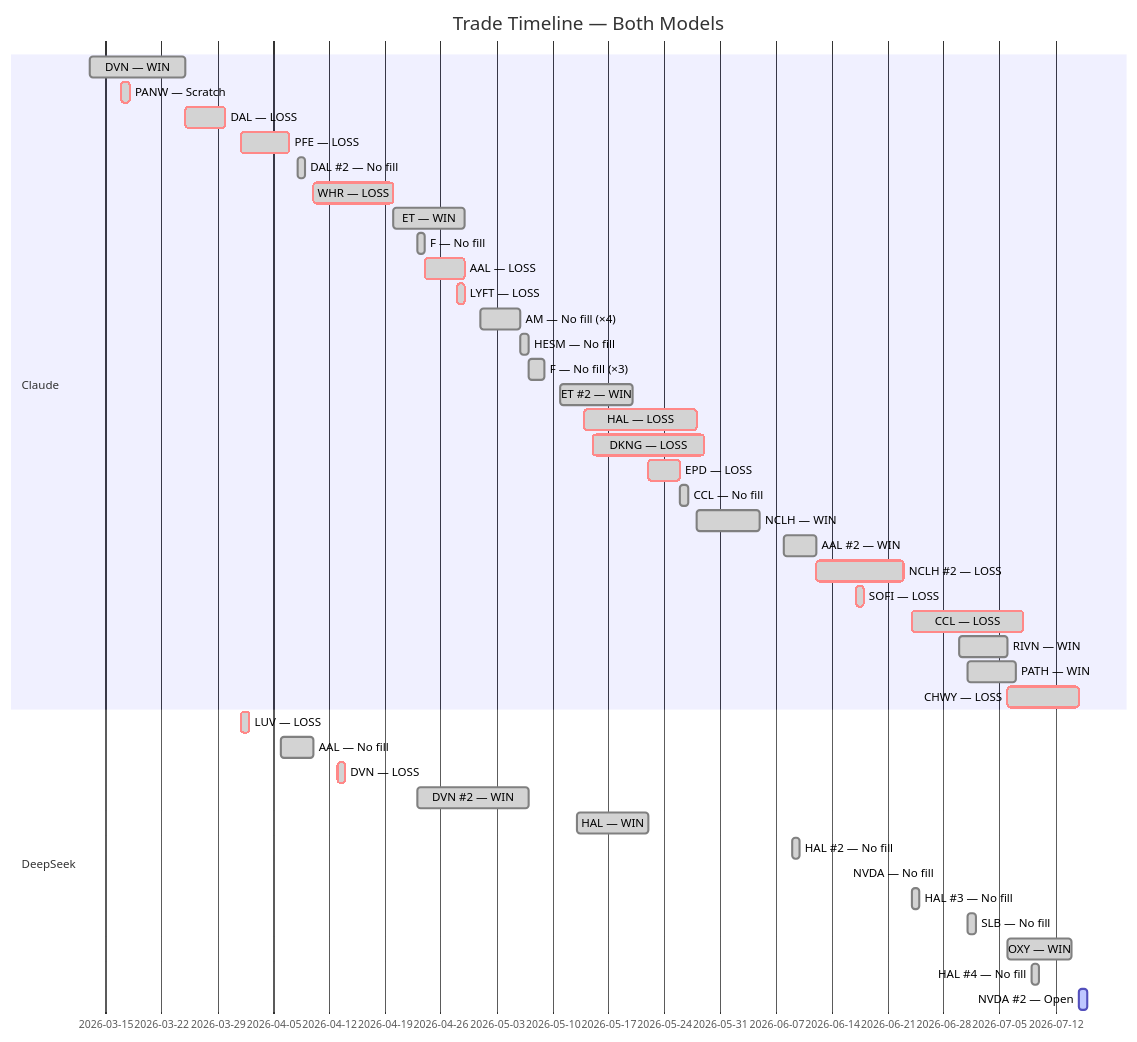
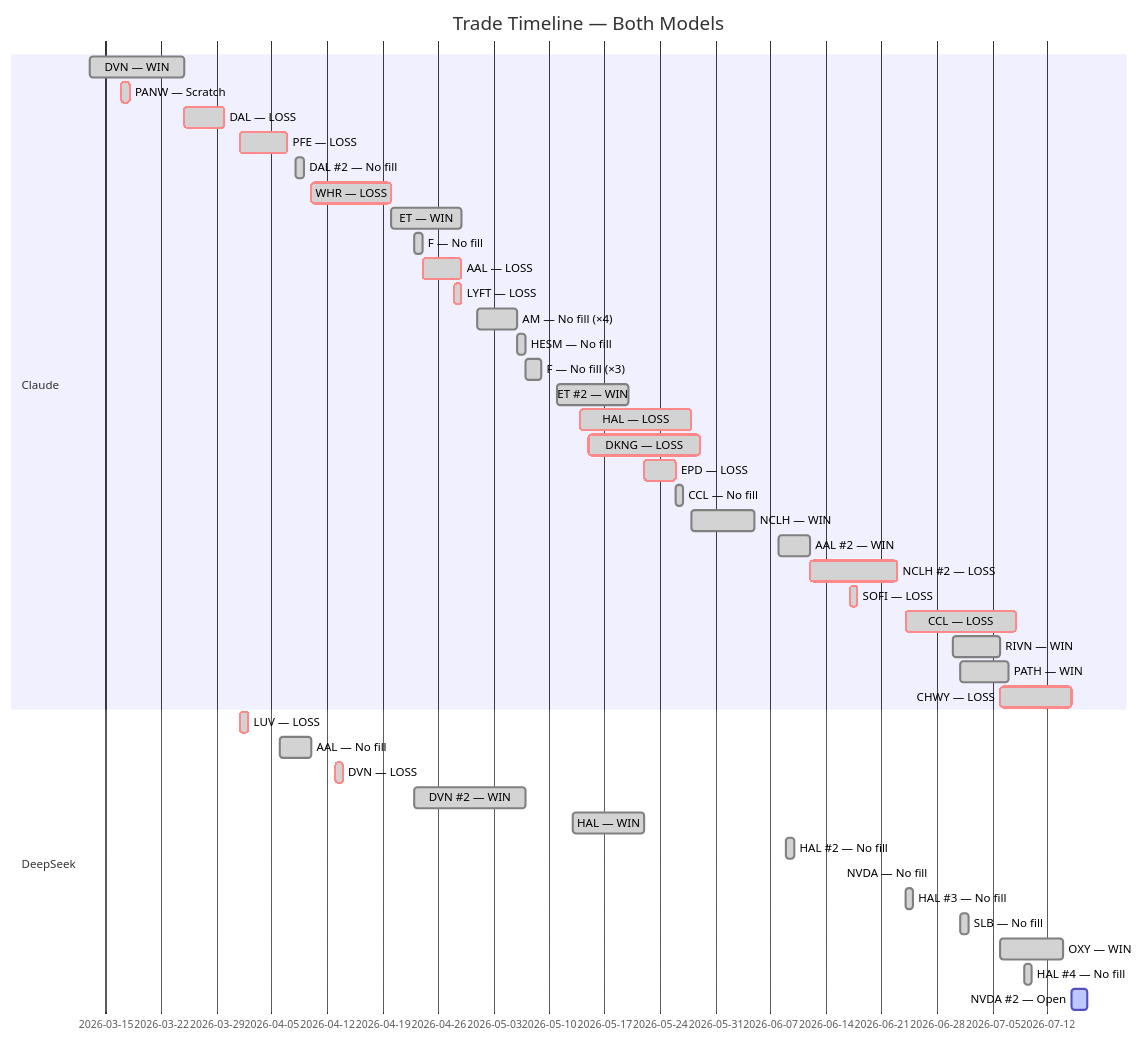
One commit to zachisit/ai-auto-buy-thesis changed the fifth of 5 diagrams in README.md. Above: the diagram before and after it, drawn with Mermaid. The commit also changed other lines of this file and 1 other file, not shown here.

First line of the commit message:
Update README and add session log for 7/17 — NVDA tests its stop at $202.00

````diff
--- a/README.md
+++ b/README.md
@@ -63,45 +63,45 @@
 ```mermaid
 gantt
     title Trade Timeline — Both Models
     dateFormat YYYY-MM-DD
     section Claude
     DVN — WIN            :done,    2026-03-13, 2026-03-25
     PANW — Scratch       :crit, done, 2026-03-17, 2026-03-18
     DAL — LOSS           :crit, done, 2026-03-25, 2026-03-30
     PFE — LOSS           :crit, done, 2026-04-01, 2026-04-07
     DAL #2 — No fill     :done,    2026-04-08, 2026-04-09
     WHR — LOSS           :crit, done, 2026-04-10, 2026-04-20
     ET — WIN             :done,    2026-04-20, 2026-04-29
     F — No fill          :done,    2026-04-23, 2026-04-24
     AAL — LOSS           :crit, done, 2026-04-24, 2026-04-29
     LYFT — LOSS          :crit, done, 2026-04-28, 2026-04-29
     AM — No fill (×4)    :done,    2026-05-01, 2026-05-06
     HESM — No fill       :done,    2026-05-06, 2026-05-07
     F — No fill (×3)     :done,    2026-05-07, 2026-05-09
     ET #2 — WIN          :done,    2026-05-11, 2026-05-20
     HAL — LOSS           :crit, done, 2026-05-14, 2026-05-28
     DKNG — LOSS          :crit, done, 2026-05-15, 2026-05-29
     EPD — LOSS           :crit, done, 2026-05-22, 2026-05-26
     CCL — No fill        :done,    2026-05-26, 2026-05-27
     NCLH — WIN           :done,    2026-05-28, 2026-06-05
     AAL #2 — WIN         :done,    2026-06-08, 2026-06-12
     NCLH #2 — LOSS       :crit, done, 2026-06-12, 2026-06-23
     SOFI — LOSS          :crit, done, 2026-06-17, 2026-06-18
     CCL — LOSS           :crit, done, 2026-06-24, 2026-07-08
     RIVN — WIN           :done,    2026-06-30, 2026-07-06
     PATH — WIN           :done,    2026-07-01, 2026-07-07
     CHWY — LOSS          :crit, done, 2026-07-06, 2026-07-15
     section DeepSeek
     LUV — LOSS           :crit, done, 2026-04-01, 2026-04-02
     AAL — No fill        :done,    2026-04-06, 2026-04-10
     DVN — LOSS           :crit, done, 2026-04-13, 2026-04-14
     DVN #2 — WIN         :done,    2026-04-23, 2026-05-07
     HAL — WIN            :done,    2026-05-13, 2026-05-22
     HAL #2 — No fill    :done,    2026-06-09, 2026-06-10
     NVDA — No fill      :done,    2026-06-16, 2026-06-16
     HAL #3 — No fill    :done,    2026-06-24, 2026-06-25
     SLB — No fill        :done,    2026-07-01, 2026-07-02
     OXY — WIN            :done,    2026-07-06, 2026-07-14
     HAL #4 — No fill    :done,    2026-07-09, 2026-07-10
-    NVDA #2 — Open       :active,  2026-07-15, 2026-07-16
+    NVDA #2 — Open       :active,  2026-07-15, 2026-07-17
 ```
````
